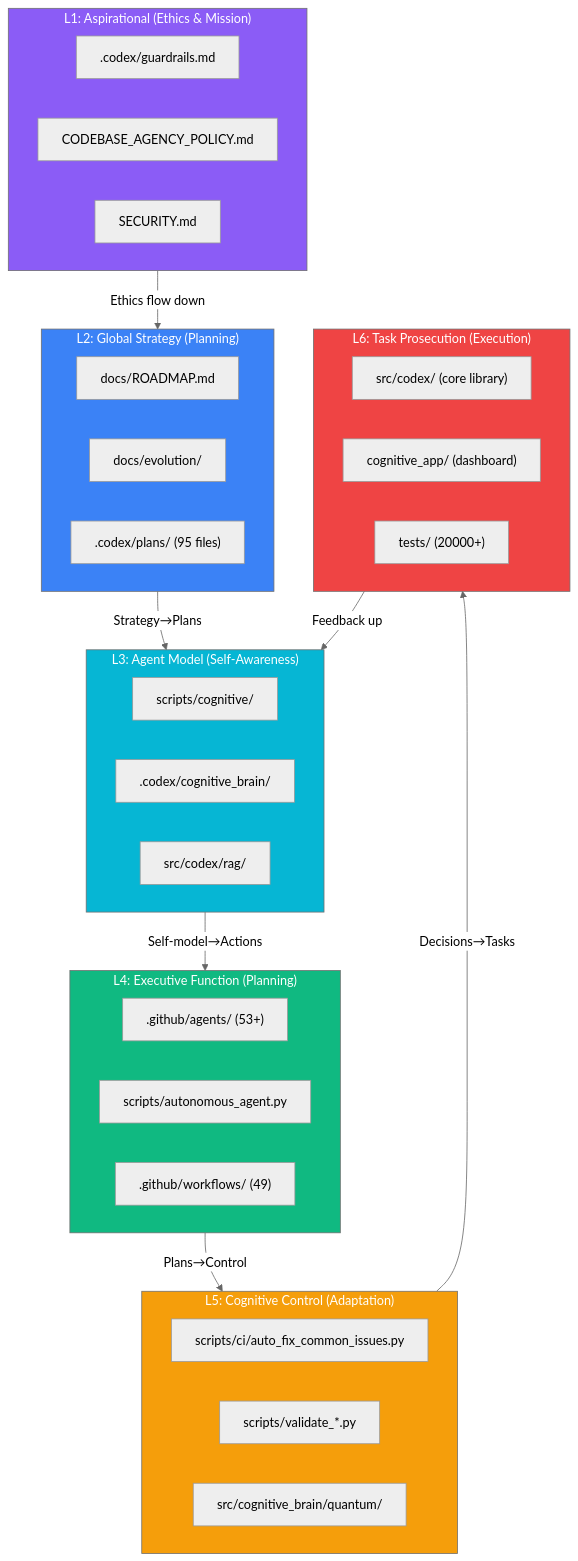
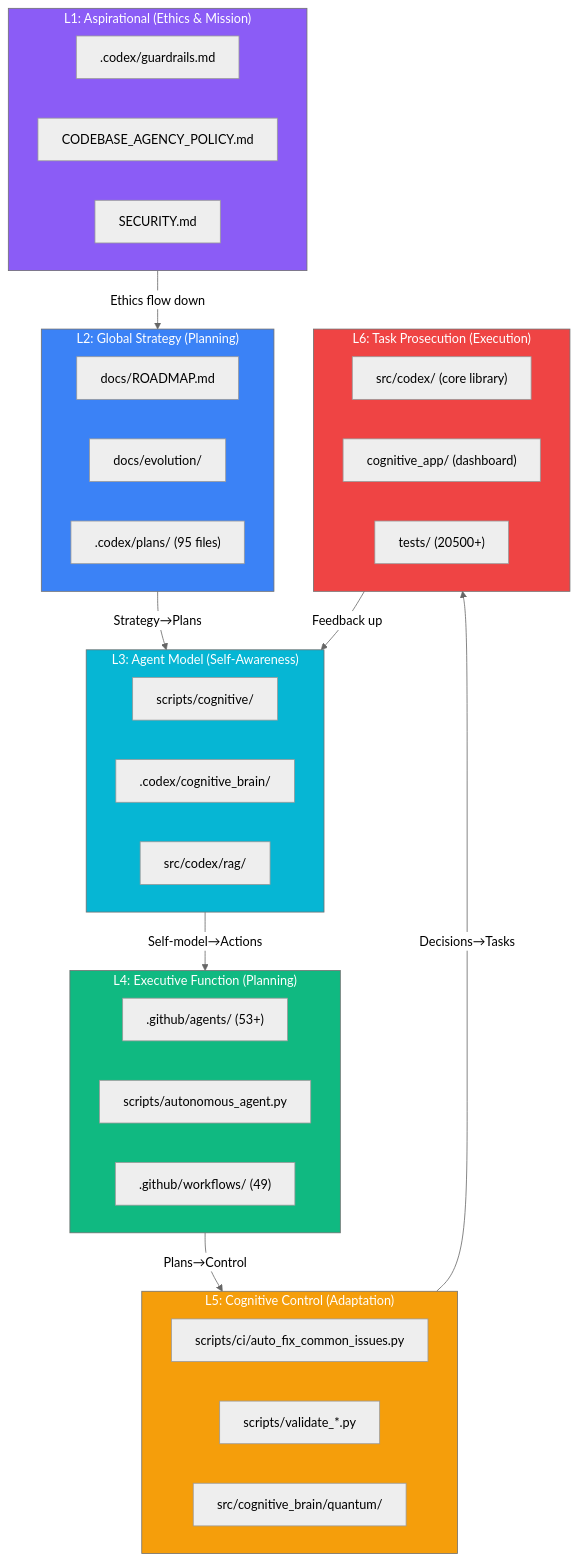
One commit to Aries-Serpent/_codex_ changed the diagram in docs/evolution/COGNITIVE_CODEBASE_MAP.md. Above: the diagram before and after it, drawn with Mermaid (neutral theme). The commit also changed other lines of this file and 4 other files, not shown here.

````diff
--- a/docs/evolution/COGNITIVE_CODEBASE_MAP.md
+++ b/docs/evolution/COGNITIVE_CODEBASE_MAP.md
@@ -12,52 +12,52 @@
 ```mermaid
 graph TD
     subgraph L1["L1: Aspirational (Ethics & Mission)"]
         E1[".codex/guardrails.md"]
         E2["CODEBASE_AGENCY_POLICY.md"]
         E3["SECURITY.md"]
     end
 
     subgraph L2["L2: Global Strategy (Planning)"]
         S1["docs/ROADMAP.md"]
         S2["docs/evolution/"]
         S3[".codex/plans/ (95 files)"]
     end
 
     subgraph L3["L3: Agent Model (Self-Awareness)"]
         M1["scripts/cognitive/"]
         M2[".codex/cognitive_brain/"]
         M3["src/codex/rag/"]
     end
 
     subgraph L4["L4: Executive Function (Planning)"]
         X1[".github/agents/ (53+)"]
         X2["scripts/autonomous_agent.py"]
         X3[".github/workflows/ (49)"]
     end
 
     subgraph L5["L5: Cognitive Control (Adaptation)"]
         C1["scripts/ci/auto_fix_common_issues.py"]
         C2["scripts/validate_*.py"]
         C3["src/cognitive_brain/quantum/"]
     end
 
     subgraph L6["L6: Task Prosecution (Execution)"]
         T1["src/codex/ (core library)"]
         T2["cognitive_app/ (dashboard)"]
-        T3["tests/ (20000+)"]
+        T3["tests/ (20500+)"]
     end
 
     L1 -->|"Ethics flow down"| L2
     L2 -->|"Strategy→Plans"| L3
     L3 -->|"Self-model→Actions"| L4
     L4 -->|"Plans→Control"| L5
     L5 -->|"Decisions→Tasks"| L6
     L6 -->|"Feedback up"| L3
 
     style L1 fill:#8b5cf6,color:#fff
     style L2 fill:#3b82f6,color:#fff
     style L3 fill:#06b6d4,color:#fff
     style L4 fill:#10b981,color:#fff
     style L5 fill:#f59e0b,color:#fff
     style L6 fill:#ef4444,color:#fff
 ```
````
